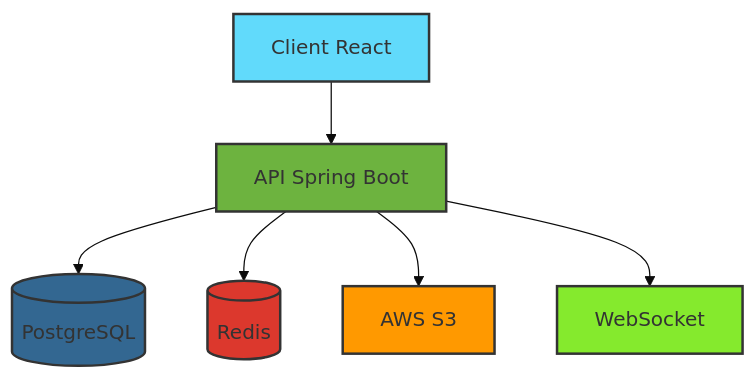
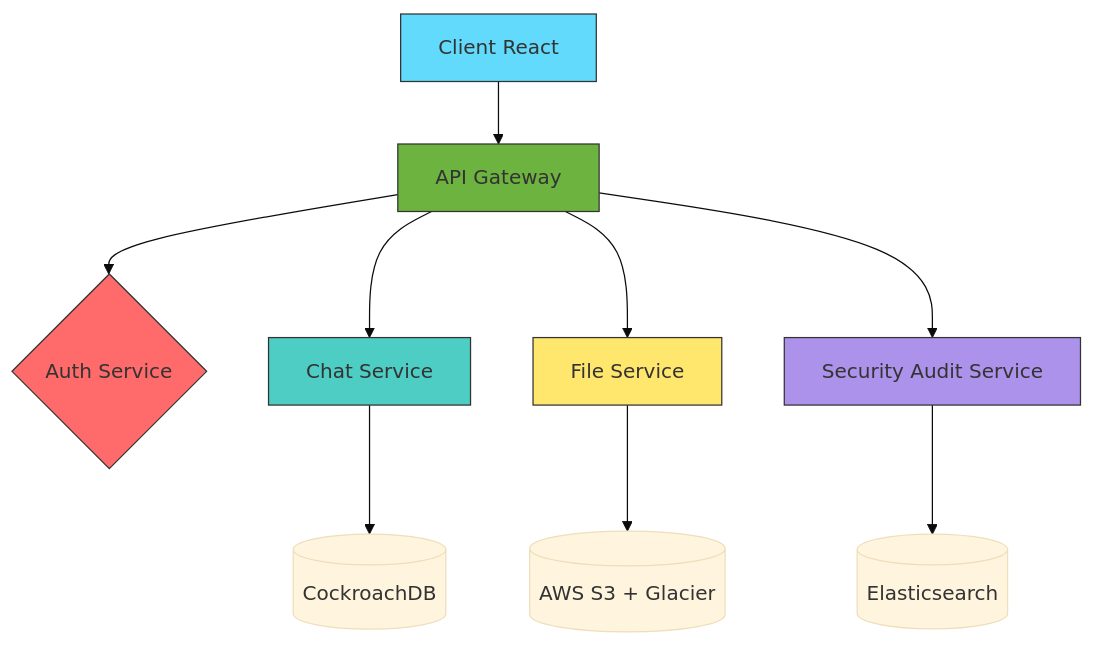
Before and after one commit to Roadmvn/Telegram-BeLike: the diagram in readme.md, drawn with Mermaid (base theme). The commit also changed other lines of this file, not shown here.

First line of the commit message:
docs: ajout du diagramme de séquence d'authentification

````diff
--- a/readme.md
+++ b/readme.md
@@ -86,15 +102,18 @@
 ```mermaid
 graph TD
-    A[Client React] --> B[API Spring Boot]
-    B --> C[(PostgreSQL)]
-    B --> D[(Redis)]
-    B --> E[AWS S3]
-    B --> F[WebSocket]
-
-    style A fill:#61DAFB,stroke:#333,stroke-width:2px
-    style B fill:#6DB33F,stroke:#333,stroke-width:2px
-    style C fill:#336791,stroke:#333,stroke-width:2px
-    style D fill:#DC382D,stroke:#333,stroke-width:2px
-    style E fill:#FF9900,stroke:#333,stroke-width:2px
-    style F fill:#85EA2D,stroke:#333,stroke-width:2px
+    A[Client React] --> B[API Gateway]
+    B --> C{Auth Service}
+    B --> D[Chat Service]
+    B --> E[File Service]
+    B --> F[Security Audit Service]
+    D --> G[(CockroachDB)]
+    E --> H[(AWS S3 + Glacier)]
+    F --> I[(Elasticsearch)]
+    
+    style A fill:#61DAFB,stroke:#333
+    style B fill:#6DB33F,stroke:#333
+    style C fill:#FF6B6B,stroke:#333
+    style D fill:#4ECDC4,stroke:#333
+    style E fill:#FFE66D,stroke:#333
+    style F fill:#AC92EB,stroke:#333
 ```
````
